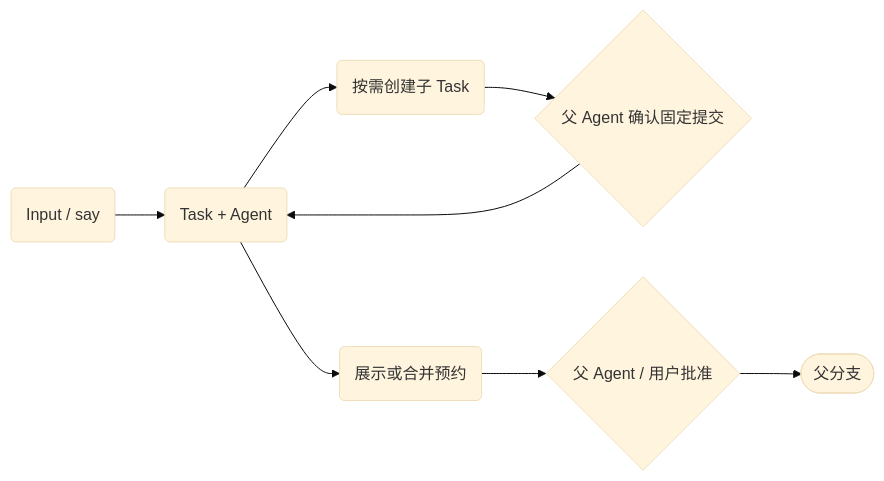
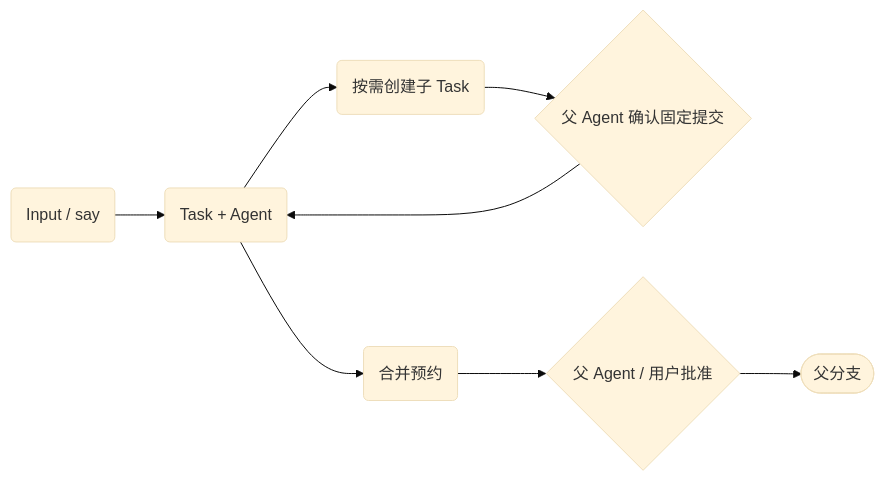
Before and after one commit to Loyage/lush: the diagram in docs/core-architecture.md, drawn with Mermaid (base theme). The commit also changed other lines of this file and 50 other files, not shown here.

````diff
--- a/docs/core-architecture.md
+++ b/docs/core-architecture.md
@@ -22,10 +22,10 @@
 ```mermaid
 flowchart LR
     input("Input / say") --> task("Task + Agent")
     task --> child("按需创建子 Task")
     child --> confirm{"父 Agent 确认固定提交"}
     confirm --> task
-    task --> request("展示或合并预约")
+    task --> request("合并预约")
     request --> approve{"父 Agent / 用户批准"}
     approve --> target(["父分支"])
 ```
````
